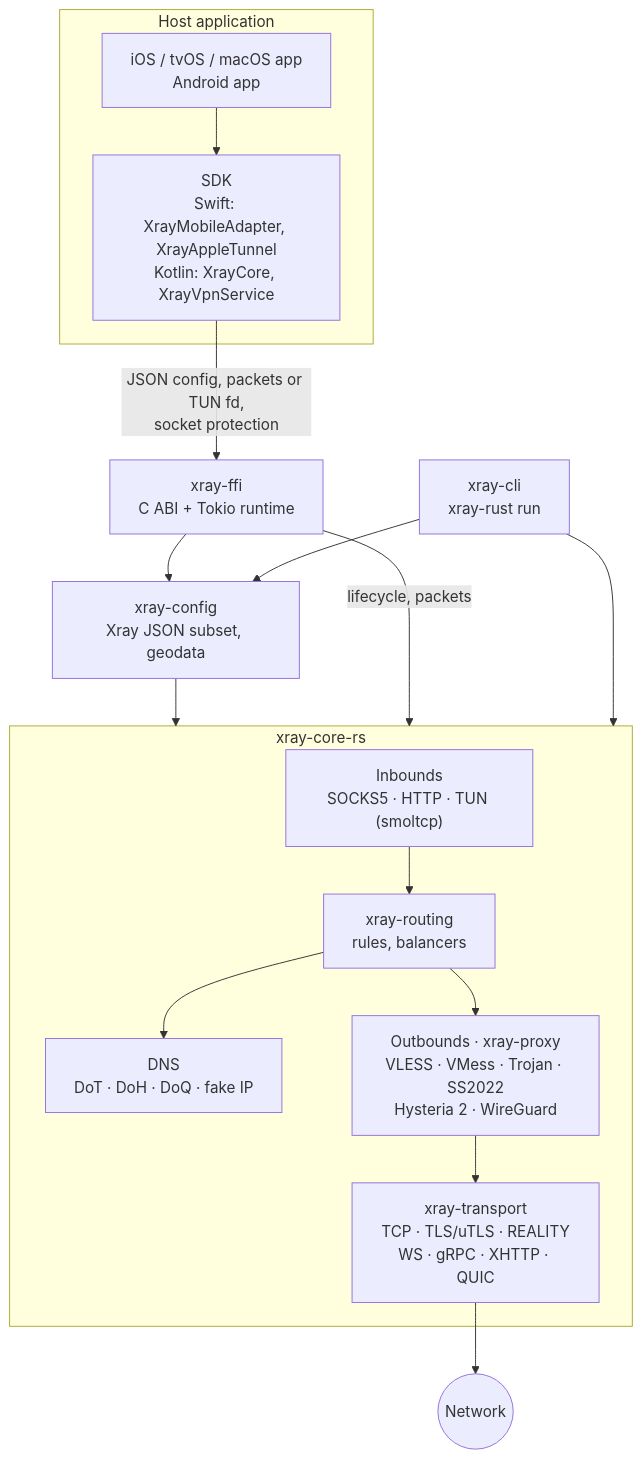
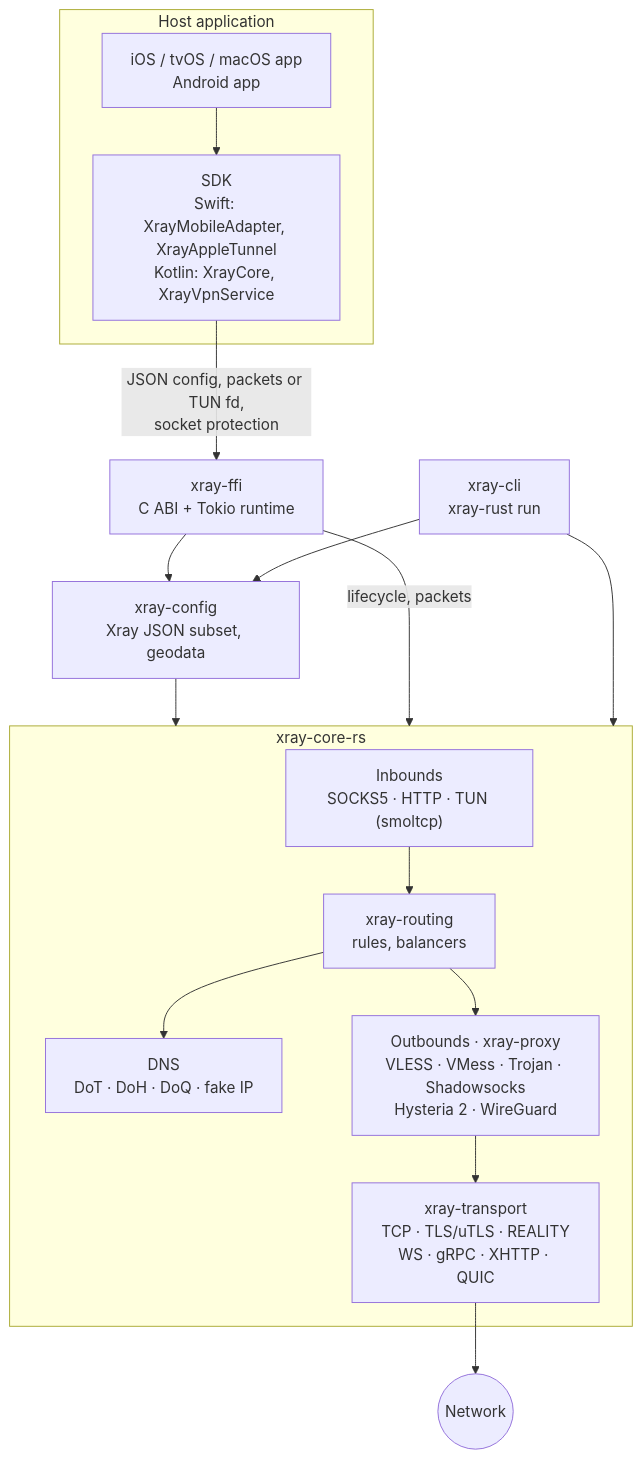
One commit to aimalygin/xray-rust changed the diagram in README.md. Above: the diagram before and after it, drawn with Mermaid. The commit also changed other lines of this file, not shown here.

````diff
--- a/README.md
+++ b/README.md
@@ -136,30 +142,30 @@
 ```mermaid
 flowchart TB
     subgraph Host["Host application"]
         App["iOS / tvOS / macOS app<br/>Android app"]
         SDK["SDK<br/>Swift: XrayMobileAdapter, XrayAppleTunnel<br/>Kotlin: XrayCore, XrayVpnService"]
         App --> SDK
     end
 
     SDK -->|"JSON config, packets or TUN fd,<br/>socket protection"| FFI["xray-ffi<br/>C ABI + Tokio runtime"]
     CLI["xray-cli<br/>xray-rust run"]
     FFI --> Config["xray-config<br/>Xray JSON subset, geodata"]
     CLI --> Config
     Config --> Core
     FFI -->|"lifecycle, packets"| Core
     CLI --> Core
 
     subgraph Core["xray-core-rs"]
         Inbounds["Inbounds<br/>SOCKS5 · HTTP · TUN (smoltcp)"]
         Routing["xray-routing<br/>rules, balancers"]
         DNS["DNS<br/>DoT · DoH · DoQ · fake IP"]
-        Outbounds["Outbounds · xray-proxy<br/>VLESS · VMess · Trojan · SS2022<br/>Hysteria 2 · WireGuard"]
+        Outbounds["Outbounds · xray-proxy<br/>VLESS · VMess · Trojan · Shadowsocks<br/>Hysteria 2 · WireGuard"]
         Transports["xray-transport<br/>TCP · TLS/uTLS · REALITY<br/>WS · gRPC · XHTTP · QUIC"]
         Inbounds --> Routing
         Routing --> DNS
         Routing --> Outbounds
         Outbounds --> Transports
     end
 
     Transports --> Net(("Network"))
 ```
````
